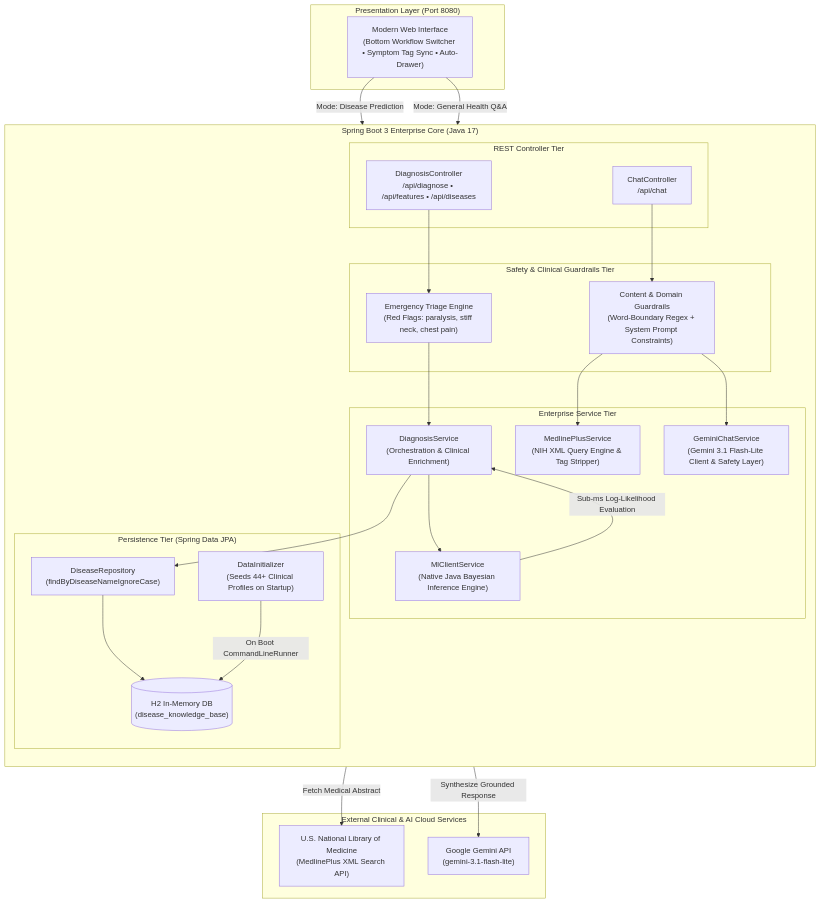
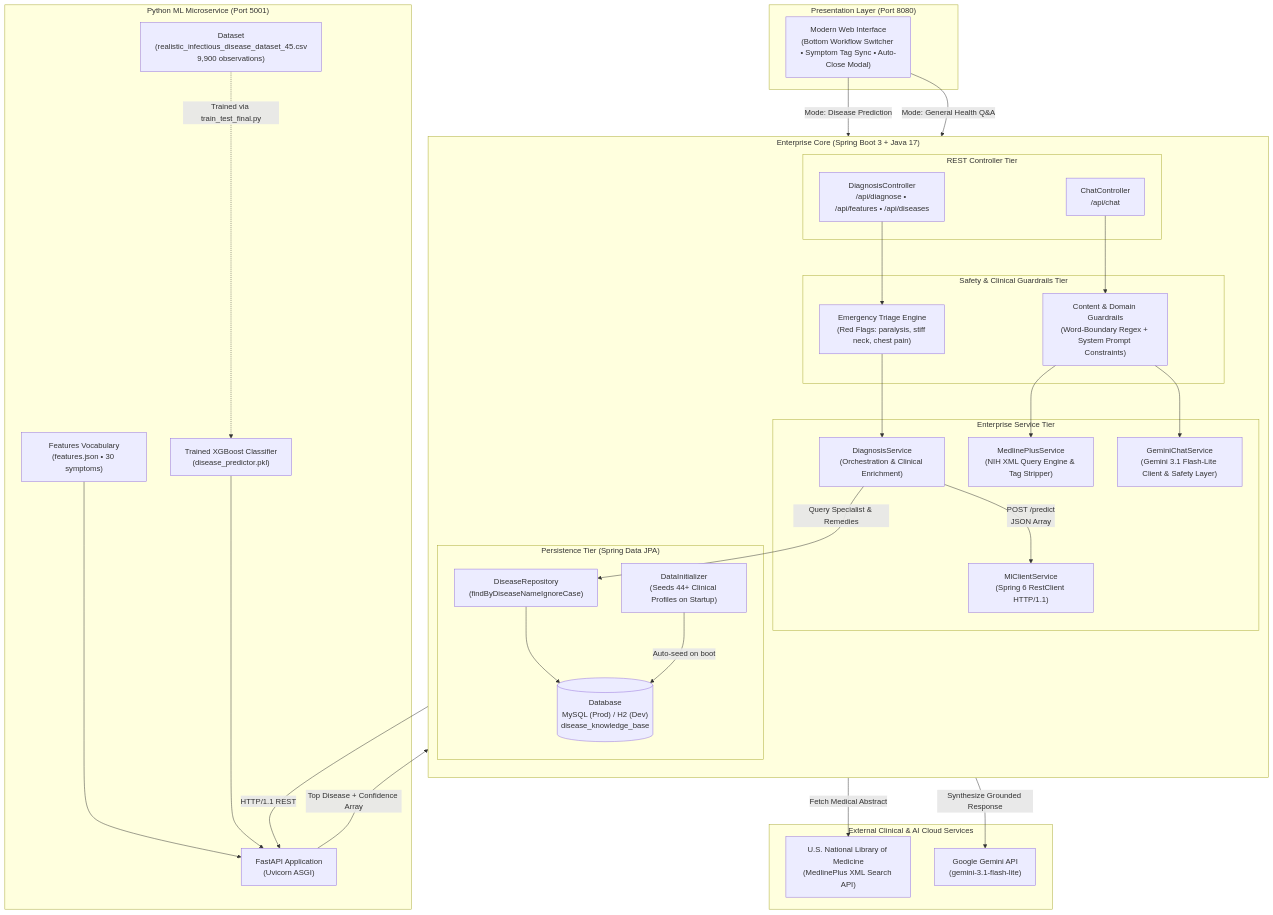
The diagram in README.md (praneethreddyyy30/Ai-medi-bot), drawn with Mermaid before and after one commit. The commit also changed other lines of this file and 13 other files, not shown here.

First line of the commit message:
feat: Restore XGBoost ML service with dataset and add MySQL production database support

````diff
--- a/README.md
+++ b/README.md
@@ -48,57 +46,70 @@
 ```mermaid
 flowchart TD
     subgraph ClientLayer["Presentation Layer (Port 8080)"]
-        UI["Modern Web Interface\n(Bottom Workflow Switcher • Symptom Tag Sync • Auto-Drawer)"]
+        UI["Modern Web Interface\n(Bottom Workflow Switcher • Symptom Tag Sync • Auto-Close Modal)"]
     end
 
-    subgraph SpringBootCore["Spring Boot 3 Enterprise Core (Java 17)"]
+    subgraph SpringBootCore["Enterprise Core (Spring Boot 3 + Java 17)"]
         direction TB
         
         subgraph Controllers["REST Controller Tier"]
             DC["DiagnosisController\n/api/diagnose • /api/features • /api/diseases"]
             CC["ChatController\n/api/chat"]
         end
 
         subgraph Guardrails["Safety & Clinical Guardrails Tier"]
             TR["Emergency Triage Engine\n(Red Flags: paralysis, stiff neck, chest pain)"]
             SG["Content & Domain Guardrails\n(Word-Boundary Regex + System Prompt Constraints)"]
         end
 
         subgraph Services["Enterprise Service Tier"]
             DS["DiagnosisService\n(Orchestration & Clinical Enrichment)"]
-            MLE["MlClientService\n(Native Java Bayesian Inference Engine)"]
+            MLC["MlClientService\n(Spring 6 RestClient HTTP/1.1)"]
             MPC["MedlinePlusService\n(NIH XML Query Engine & Tag Stripper)"]
             GCS["GeminiChatService\n(Gemini 3.1 Flash-Lite Client & Safety Layer)"]
         end
 
         subgraph Persistence["Persistence Tier (Spring Data JPA)"]
             DR["DiseaseRepository\n(findByDiseaseNameIgnoreCase)"]
-            H2[("H2 In-Memory DB\n(disease_knowledge_base)")]
+            DB[("Database\nMySQL (Prod) / H2 (Dev)\ndisease_knowledge_base")]
             INIT["DataInitializer\n(Seeds 44+ Clinical Profiles on Startup)"]
         end
+    end
+
+    subgraph MLService["Python ML Microservice (Port 5001)"]
+        FA["FastAPI Application\n(Uvicorn ASGI)"]
+        DS_CSV["Dataset\n(realistic_infectious_disease_dataset_45.csv\n9,900 observations)"]
+        XGB["Trained XGBoost Classifier\n(disease_predictor.pkl)"]
+        FEAT["Features Vocabulary\n(features.json • 30 symptoms)"]
+        
+        DS_CSV -.->|Trained via train_test_final.py| XGB
+        FEAT --> FA
+        XGB --> FA
     end
 
     subgraph ExternalAPIs["External Clinical & AI Cloud Services"]
         NLM["U.S. National Library of Medicine\n(MedlinePlus XML Search API)"]
         GEMINI["Google Gemini API\n(gemini-3.1-flash-lite)"]
     end
 
     %% Client Interactions
     UI -->|Mode: Disease Prediction| DC
     UI -->|Mode: General Health Q&A| CC
 
-    %% Controller to Guardrails / Services
+    %% Prediction Flow
     DC --> TR
     TR --> DS
-    DS --> MLE
-    MLE -->|Sub-ms Log-Likelihood Evaluation| DS
-    DS --> DR
-    DR --> H2
-    INIT -->|On Boot CommandLineRunner| H2
+    DS -->|POST /predict\nJSON Array| MLC
+    MLC -->|HTTP/1.1 REST| FA
+    FA -->|Top Disease + Confidence Array| MLC
+    DS -->|Query Specialist & Remedies| DR
+    DR --> DB
+    INIT -->|Auto-seed on boot| DB
 
+    %% Q&A Flow
     CC --> SG
     SG --> MPC
     SG --> GCS
     MPC -->|Fetch Medical Abstract| NLM
     GCS -->|Synthesize Grounded Response| GEMINI
 ```
````
